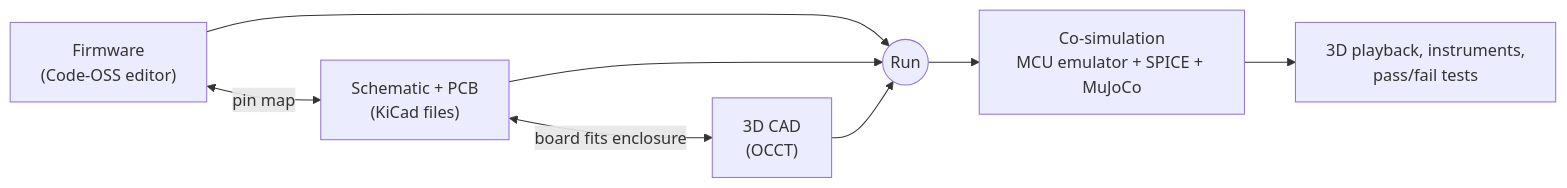
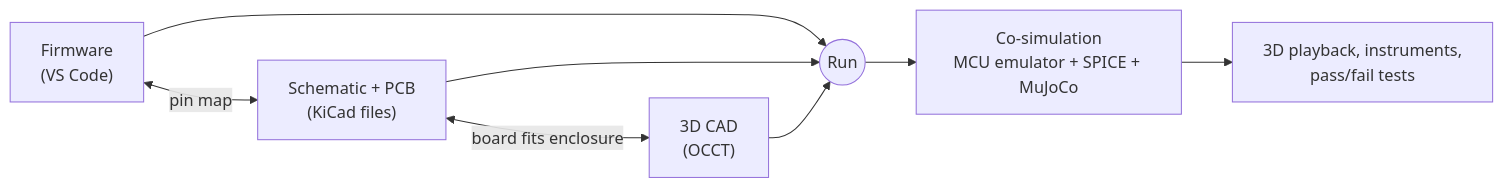
The diagram in README.md (NoboIshraque/triage), drawn with Mermaid before and after one commit. The commit also changed other lines of this file and 5 other files, not shown here.

````diff
--- a/README.md
+++ b/README.md
@@ -39,10 +41,10 @@
 ```mermaid
 flowchart LR
-  CODE["Firmware<br/>(Code-OSS editor)"] <-->|pin map| SCH["Schematic + PCB<br/>(KiCad files)"]
+  CODE["Firmware<br/>(VS Code)"] <-->|pin map| SCH["Schematic + PCB<br/>(KiCad files)"]
   SCH <-->|board fits enclosure| CAD["3D CAD<br/>(OCCT)"]
   CODE --> RUN(("Run"))
   SCH --> RUN
   CAD --> RUN
   RUN --> SIM["Co-simulation<br/>MCU emulator + SPICE + MuJoCo"]
   SIM --> TEST["3D playback, instruments,<br/>pass/fail tests"]
 ```
````
